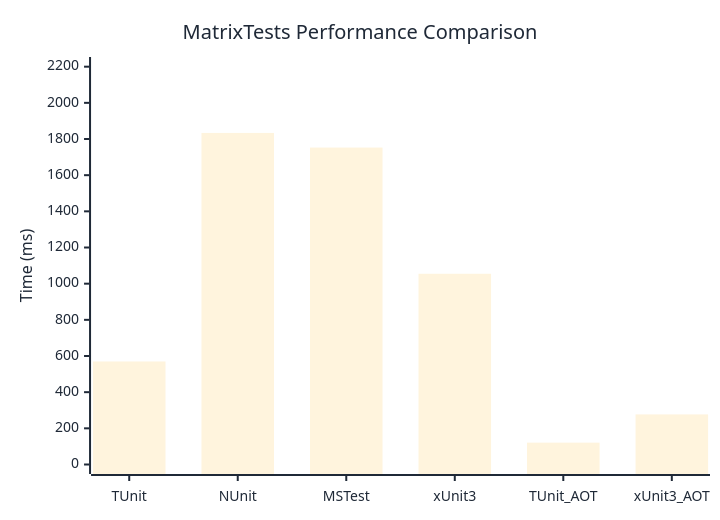
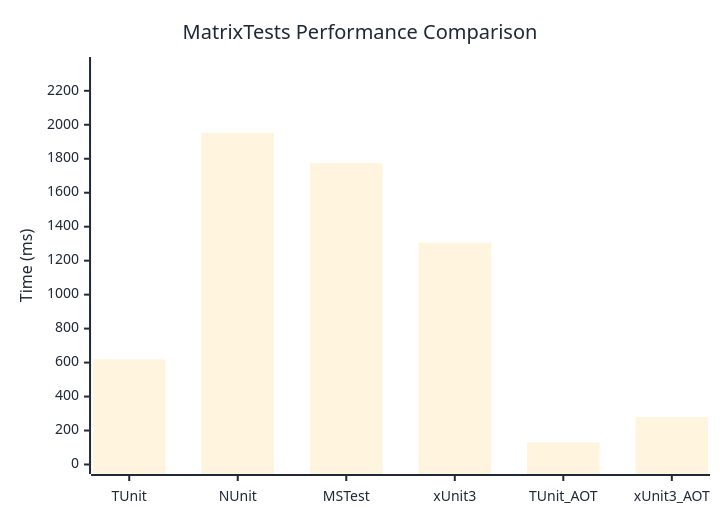
Before and after one commit to thomhurst/TUnit: the diagram in docs/docs/benchmarks/engine/MatrixTests.md, drawn with Mermaid. The commit also changed other lines of this file and 18 other files, not shown here.

````diff
--- a/docs/docs/benchmarks/engine/MatrixTests.md
+++ b/docs/docs/benchmarks/engine/MatrixTests.md
@@ -30,37 +30,37 @@
 ```mermaid
 %%{init: {
   'theme':'base',
   'themeVariables': {
     'primaryColor': '#2563eb',
     'primaryTextColor': '#1f2937',
     'primaryBorderColor': '#1e40af',
     'lineColor': '#6b7280',
     'secondaryColor': '#7c3aed',
     'tertiaryColor': '#dc2626',
     'background': '#ffffff',
     'mainBkg': '#2563eb',
     'secondBkg': '#7c3aed',
     'tertiaryBkg': '#dc2626',
     'clusterBkg': '#f3f4f6',
     'edgeLabelBackground': '#ffffff',
     'tertiaryTextColor': '#1f2937',
     'pie1': '#2563eb',
     'pie2': '#7c3aed',
     'pie3': '#dc2626',
     'pie4': '#f59e0b',
     'pie5': '#10b981',
     'pie6': '#06b6d4',
     'pie7': '#ec4899',
     'pie8': '#6366f1',
     'pie9': '#84cc16',
     'pie10': '#f97316',
     'pie11': '#14b8a6',
     'pie12': '#a855f7'
   }
 }}%%
 xychart-beta
   title "MatrixTests Performance Comparison"
   x-axis ["TUnit", "NUnit", "MSTest", "xUnit3", "TUnit_AOT", "xUnit3_AOT"]
-  y-axis "Time (ms)" 0 --> 2201
-  bar [569.7, 1833.6, 1752.7, 1054.8, 120.9, 277]
+  y-axis "Time (ms)" 0 --> 2343
+  bar [619.3, 1951.7, 1774.3, 1305.9, 129.6, 280.1]
 ```
````
